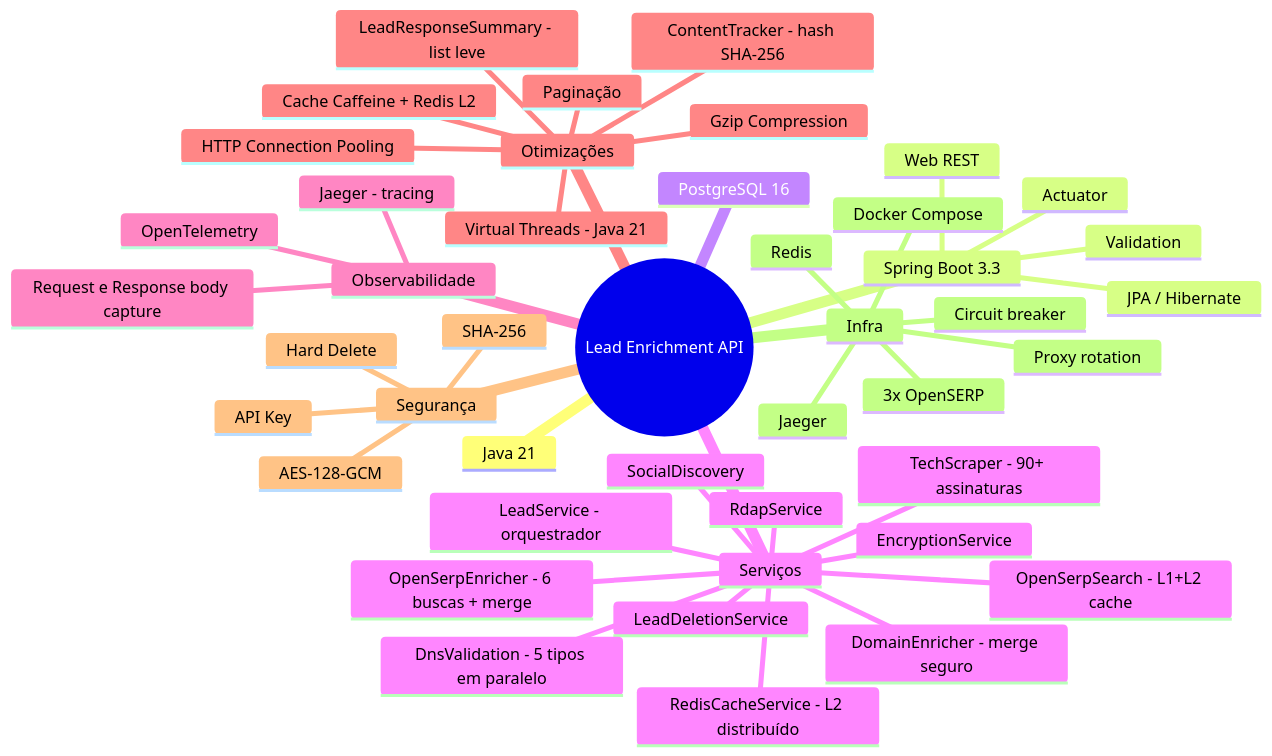
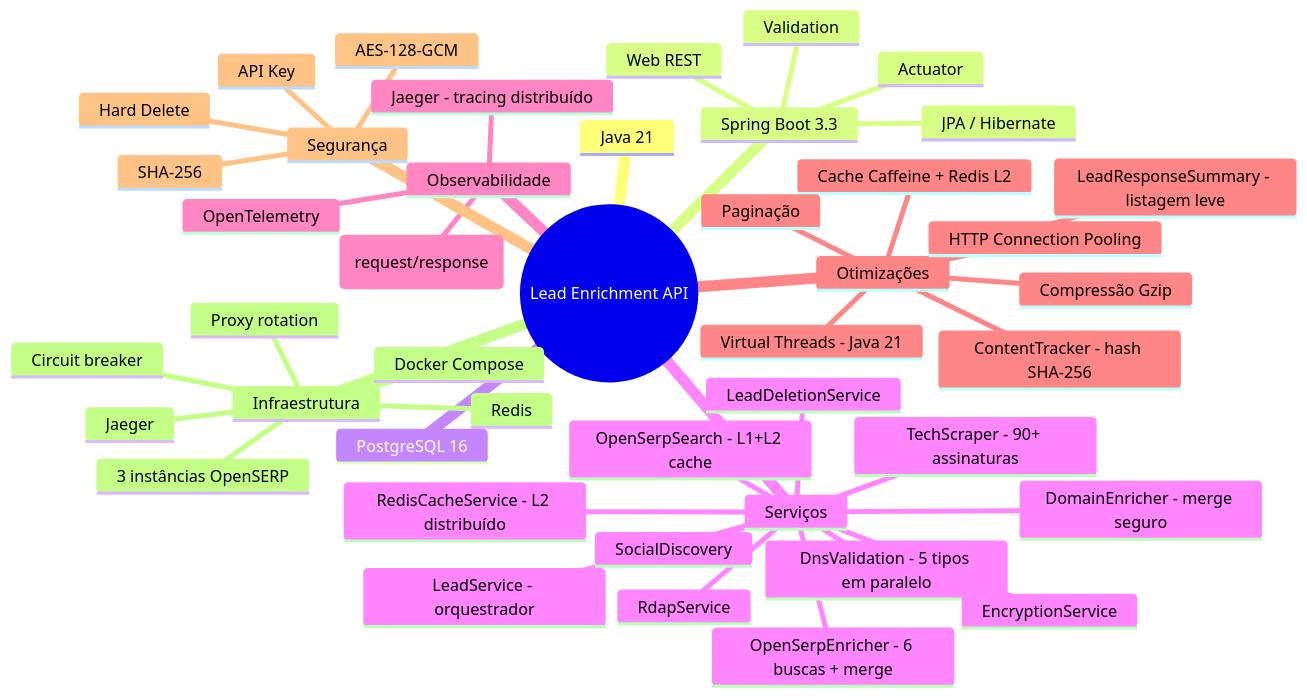
Before and after one commit to pdrodavi/lead-enrichment-api: the diagram in README.md, drawn with Mermaid. The commit also changed other lines of this file and 24 other files, not shown here.

````diff
--- a/README.md
+++ b/README.md
@@ -96,47 +116,47 @@
 ```mermaid
 mindmap
   root((Lead Enrichment API))
     Java 21
     Spring Boot 3.3
       Web REST
       JPA / Hibernate
       Actuator
       Validation
     PostgreSQL 16
     Serviços
       LeadService - orquestrador
       OpenSerpEnricher - 6 buscas + merge
       DomainEnricher - merge seguro
       LeadDeletionService
       RedisCacheService - L2 distribuído
       DnsValidation - 5 tipos em paralelo
       TechScraper - 90+ assinaturas
       SocialDiscovery
       RdapService
       OpenSerpSearch - L1+L2 cache
       EncryptionService
     Observabilidade
       OpenTelemetry
-      Jaeger - tracing
-      Request e Response body capture
+      Jaeger - tracing distribuído
+      Captura de corpo (request/response)
     Otimizações
       Cache Caffeine + Redis L2
       ContentTracker - hash SHA-256
       HTTP Connection Pooling
       Virtual Threads - Java 21
-      Gzip Compression
+      Compressão Gzip
       Paginação
-      LeadResponseSummary - list leve
+      LeadResponseSummary - listagem leve
     Segurança
       AES-128-GCM
       SHA-256
       API Key
       Hard Delete
-    Infra
+    Infraestrutura
       Docker Compose
       Redis
       Jaeger
-      3x OpenSERP
+      3 instâncias OpenSERP
       Proxy rotation
       Circuit breaker
 ```
````
